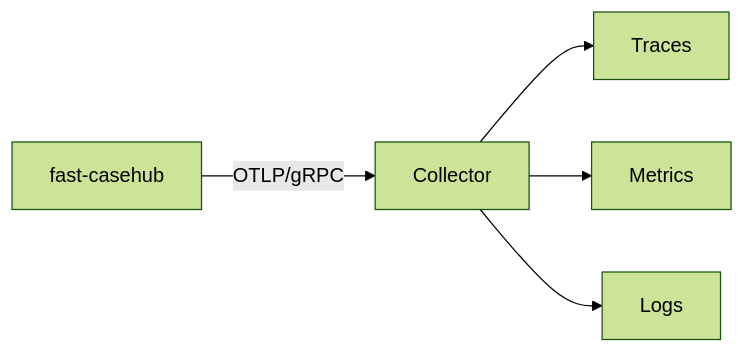
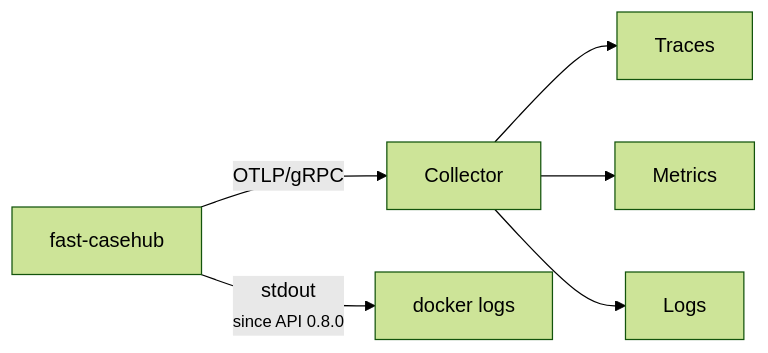
Before and after one commit to MatheusLPolidoro/docs-casehub: the diagram in docs/operacao/observabilidade.en.md, drawn with Mermaid (forest theme). The commit also changed other lines of this file and 19 other files, not shown here.

````diff
--- a/docs/operacao/observabilidade.en.md
+++ b/docs/operacao/observabilidade.en.md
@@ -7,7 +7,8 @@
 ```mermaid
 flowchart LR
     A["fast-casehub"] -->|OTLP/gRPC| C["Collector"]
     C --> T["Traces"]
     C --> M["Metrics"]
     C --> L["Logs"]
+    A -->|"stdout<br/><small>since API 0.8.0</small>"| S["docker logs"]
 ```
````
